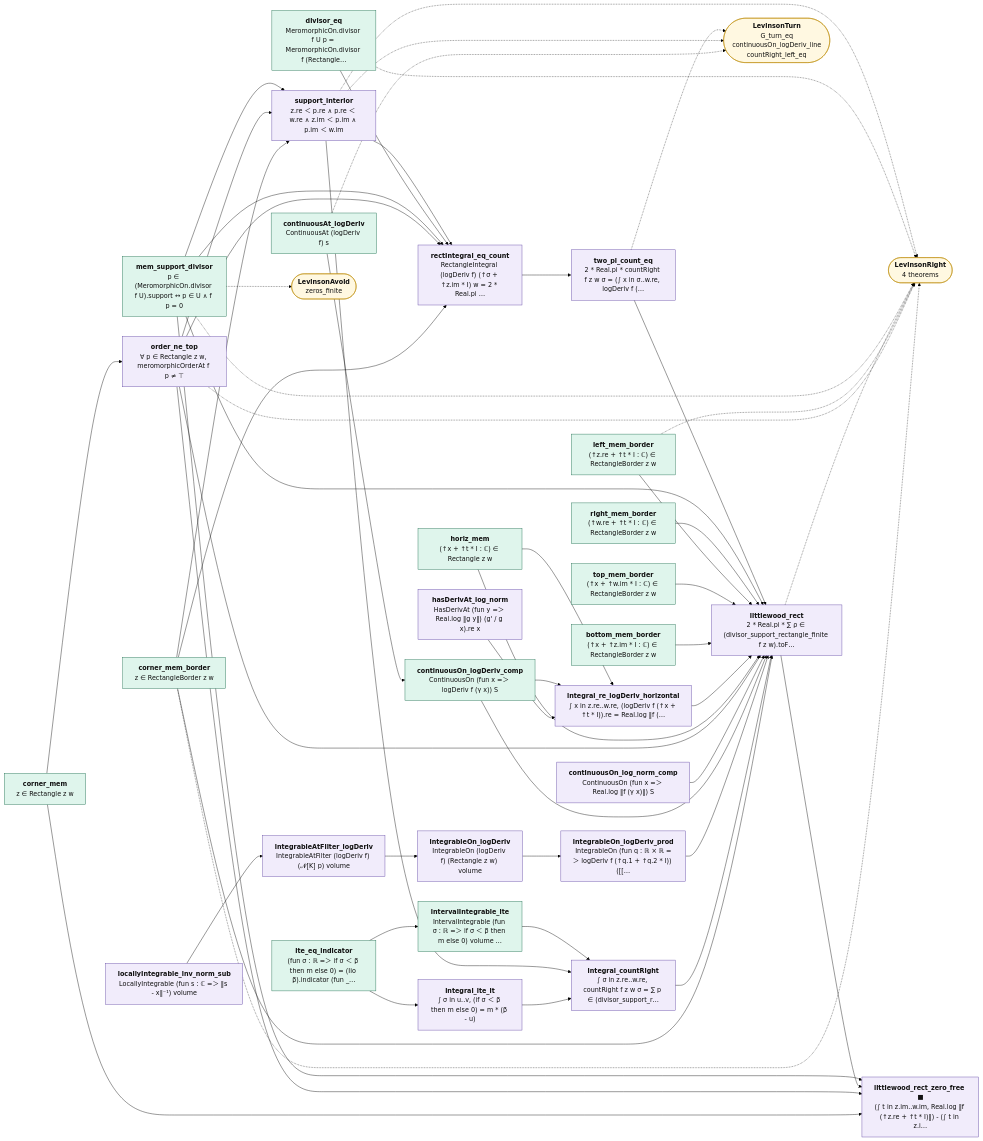
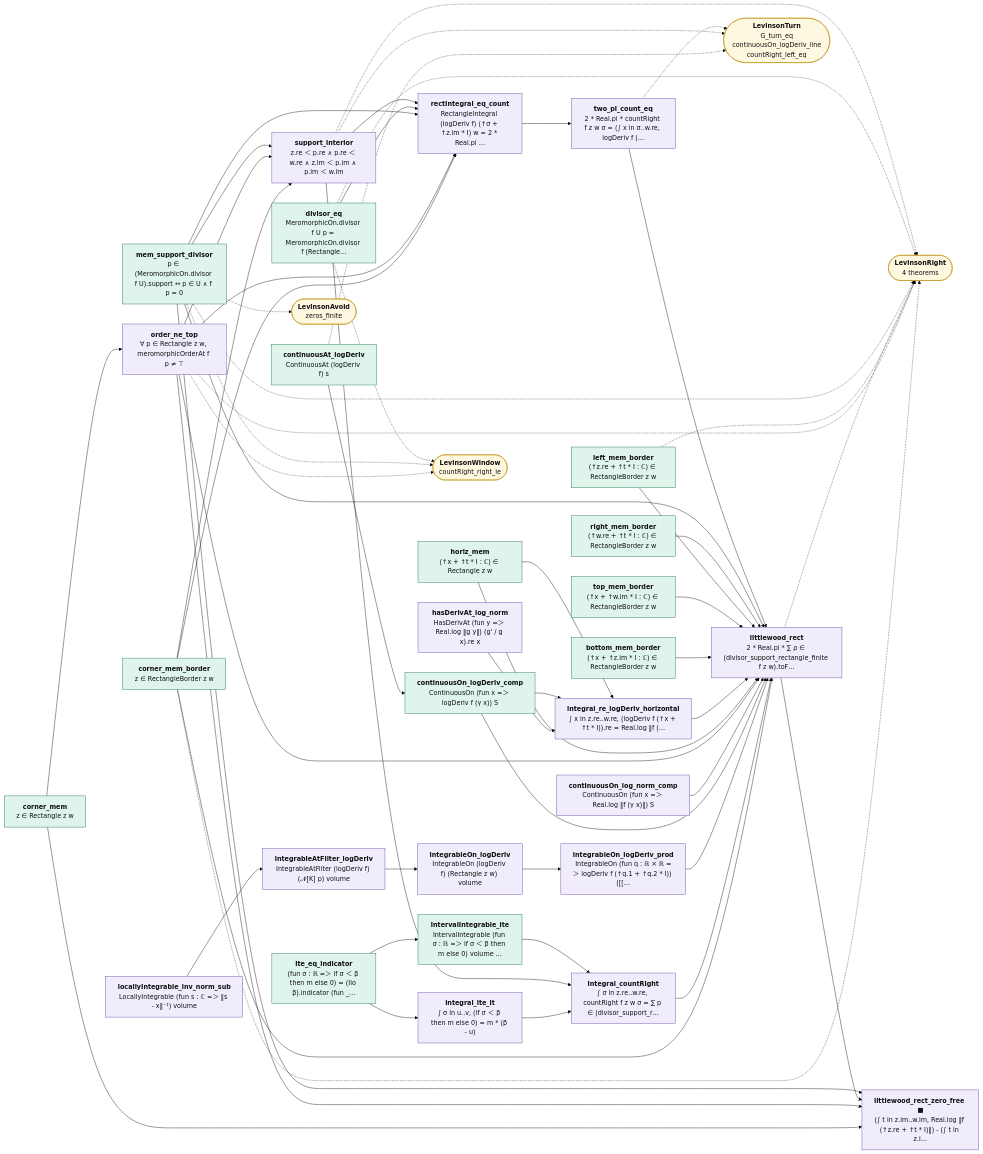
One commit to juliansambranojr/Primebeat_081426 changed the diagram in map/lean_stage3/Littlewood.mmd. Above: the diagram before and after it, drawn with Mermaid (forest theme). The commit also changed 37 other files, not shown here.

```diff
--- a/map/lean_stage3/Littlewood.mmd
+++ b/map/lean_stage3/Littlewood.mmd
@@ -1,91 +1,95 @@
 flowchart LR
   n0["<b>corner_mem</b><br/>z ∈ Rectangle z w"]:::cnt
   n1["<b>corner_mem_border</b><br/>z ∈ RectangleBorder z w"]:::cnt
   n2["<b>order_ne_top</b><br/>∀ p ∈ Rectangle z w, meromorphicOrderAt f p ≠ ⊤"]:::shp
   n3["<b>mem_support_divisor</b><br/>p ∈ (MeromorphicOn.divisor f U).support ↔ p ∈ U ∧ f p = 0"]:::cnt
   n4["<b>divisor_eq</b><br/>MeromorphicOn.divisor f U p = MeromorphicOn.divisor f (Rectangle…"]:::cnt
   n5["<b>support_interior</b><br/>z.re ＜ p.re ∧ p.re ＜ w.re ∧ z.im ＜ p.im ∧ p.im ＜ w.im"]:::shp
   n6["<b>rectIntegral_eq_count</b><br/>RectangleIntegral (logDeriv f) (↑σ + ↑z.im * I) w = 2 * Real.pi …"]:::shp
   n7["<b>two_pi_count_eq</b><br/>2 * Real.pi * countRight f z w σ = (∫ x in σ..w.re, logDeriv f (…"]:::shp
   n8["<b>ite_eq_indicator</b><br/>(fun σ : ℝ =＞ if σ ＜ β then m else 0) = (Iio β).indicator (fun _…"]:::cnt
   n9["<b>intervalIntegrable_ite</b><br/>IntervalIntegrable (fun σ : ℝ =＞ if σ ＜ β then m else 0) volume …"]:::cnt
   n10["<b>integral_ite_lt</b><br/>∫ σ in u..v, (if σ ＜ β then m else 0) = m * (β - u)"]:::shp
   n11["<b>integral_countRight</b><br/>∫ σ in z.re..w.re, countRight f z w σ = ∑ p ∈ (divisor_support_r…"]:::shp
   n12["<b>locallyIntegrable_inv_norm_sub</b><br/>LocallyIntegrable (fun s : ℂ =＞ ‖s - x‖⁻¹) volume"]:::shp
   n13["<b>integrableAtFilter_logDeriv</b><br/>IntegrableAtFilter (logDeriv f) (𝓝[K] p) volume"]:::shp
   n14["<b>integrableOn_logDeriv</b><br/>IntegrableOn (logDeriv f) (Rectangle z w) volume"]:::shp
   n15["<b>integrableOn_logDeriv_prod</b><br/>IntegrableOn (fun q : ℝ × ℝ =＞ logDeriv f (↑q.1 + ↑q.2 * I)) ([[…"]:::shp
   n16["<b>hasDerivAt_log_norm</b><br/>HasDerivAt (fun y =＞ Real.log ‖g y‖) (g' / g x).re x"]:::shp
   n17["<b>continuousAt_logDeriv</b><br/>ContinuousAt (logDeriv f) s"]:::cnt
   n18["<b>continuousOn_logDeriv_comp</b><br/>ContinuousOn (fun x =＞ logDeriv f (γ x)) S"]:::cnt
   n19["<b>continuousOn_log_norm_comp</b><br/>ContinuousOn (fun x =＞ Real.log ‖f (γ x)‖) S"]:::shp
   n20["<b>horiz_mem</b><br/>(↑x + ↑t * I : ℂ) ∈ Rectangle z w"]:::cnt
   n21["<b>integral_re_logDeriv_horizontal</b><br/>∫ x in z.re..w.re, (logDeriv f (↑x + ↑t * I)).re = Real.log ‖f (…"]:::shp
   n22["<b>bottom_mem_border</b><br/>(↑x + ↑z.im * I : ℂ) ∈ RectangleBorder z w"]:::cnt
   n23["<b>top_mem_border</b><br/>(↑x + ↑w.im * I : ℂ) ∈ RectangleBorder z w"]:::cnt
   n24["<b>left_mem_border</b><br/>(↑z.re + ↑t * I : ℂ) ∈ RectangleBorder z w"]:::cnt
   n25["<b>right_mem_border</b><br/>(↑w.re + ↑t * I : ℂ) ∈ RectangleBorder z w"]:::cnt
   n26["<b>littlewood_rect</b><br/>2 * Real.pi * ∑ ρ ∈ (divisor_support_rectangle_finite f z w).toF…"]:::shp
   n27["<b>littlewood_rect_zero_free ■</b><br/>(∫ t in z.im..w.im, Real.log ‖f (↑z.re + ↑t * I)‖) - (∫ t in z.i…"]:::shp
   x0(["<b>LevinsonRight</b><br/>4 theorems"]):::ext
-  x1(["<b>LevinsonAvoid</b><br/>zeros_finite"]):::ext
-  x2(["<b>LevinsonTurn</b><br/>G_turn_eq<br/>continuousOn_logDeriv_line<br/>countRight_left_eq"]):::ext
+  x1(["<b>LevinsonWindow</b><br/>countRight_right_le"]):::ext
+  x2(["<b>LevinsonAvoid</b><br/>zeros_finite"]):::ext
+  x3(["<b>LevinsonTurn</b><br/>G_turn_eq<br/>continuousOn_logDeriv_line<br/>countRight_left_eq"]):::ext
   n0 --> n2
   n0 --> n27
   n1 --> n26
   n1 --> n5
   n1 --> n6
   n10 --> n11
   n11 --> n26
   n12 --> n13
   n13 --> n14
   n14 --> n15
   n15 --> n26
   n16 --> n21
   n17 --> n18
   n18 --> n21
   n18 --> n26
   n19 --> n26
   n2 --> n26
   n2 --> n27
   n2 --> n5
   n2 --> n6
   n20 --> n21
   n20 --> n26
   n21 --> n26
   n22 --> n26
   n23 --> n26
   n24 --> n26
   n25 --> n26
   n26 --> n27
   n3 --> n26
   n3 --> n27
   n3 --> n5
   n3 --> n6
   n4 --> n6
   n5 --> n11
   n5 --> n6
   n6 --> n7
   n7 --> n26
   n8 --> n10
   n8 --> n9
   n9 --> n11
   n1 -.-> x0
-  n17 -.-> x2
+  n17 -.-> x3
   n2 -.-> x0
+  n2 -.-> x1
   n24 -.-> x0
   n26 -.-> x0
   n3 -.-> x0
   n3 -.-> x1
+  n3 -.-> x2
   n4 -.-> x0
+  n4 -.-> x1
   n5 -.-> x0
-  n5 -.-> x2
-  n7 -.-> x2
+  n5 -.-> x3
+  n7 -.-> x3
   classDef cnt fill:#dff5ec,stroke:#17694a,color:#111
   classDef shp fill:#f1ecfb,stroke:#5b3fa0,color:#111
   classDef rh fill:#ffe5e5,stroke:#c22,color:#111,stroke-width:2px
   classDef thm fill:#eef4ff,stroke:#335,color:#111
   classDef end_ fill:#e7f7e7,stroke:#2a7,color:#111,stroke-width:2px
   classDef lone fill:#fff,stroke:#999,color:#111,stroke-dasharray:4 3
   classDef bad fill:#ffe5e5,stroke:#c22,color:#111,stroke-width:2px
   classDef ext fill:#fff8e1,stroke:#b80,color:#111
```
